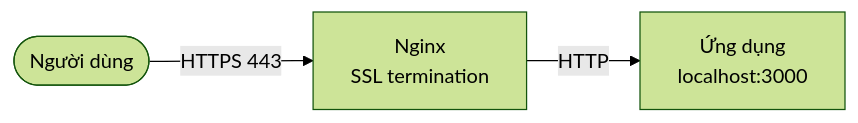
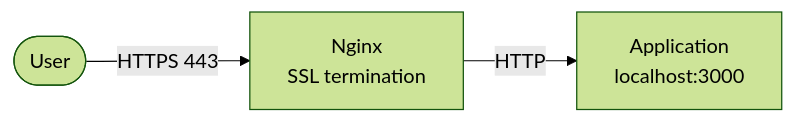
Before and after one commit to sunflynf/web-notes: the second of 2 diagrams in docs/devops/vps/ubuntu-server-setup.mdx, drawn with Mermaid (forest theme). The commit also changed other lines of this file and 33 other files, not shown here.

````diff
--- a/docs/devops/vps/ubuntu-server-setup.mdx
+++ b/docs/devops/vps/ubuntu-server-setup.mdx
@@ -191,5 +191,5 @@
 ```mermaid
 flowchart LR
-  U([Người dùng]) -->|HTTPS 443| N[Nginx<br/>SSL termination]
-  N -->|HTTP| A[Ứng dụng<br/>localhost:3000]
+  U([User]) -->|HTTPS 443| N[Nginx<br/>SSL termination]
+  N -->|HTTP| A[Application<br/>localhost:3000]
 ```
````
